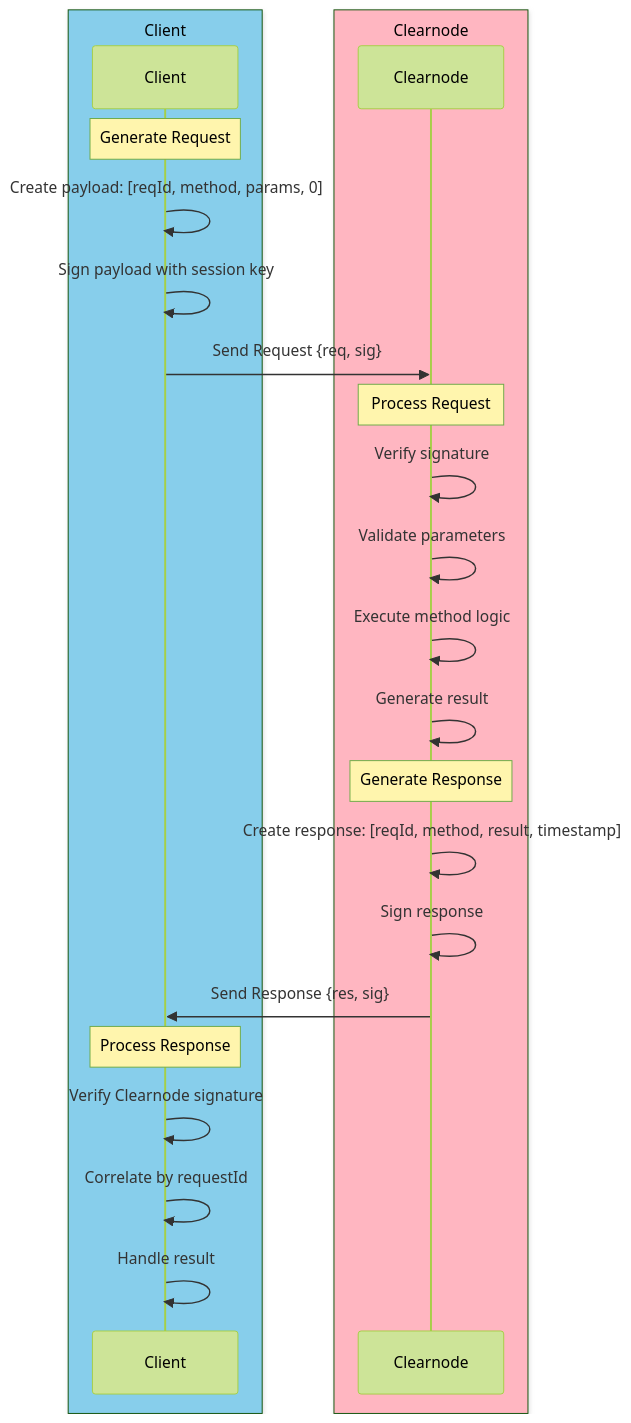
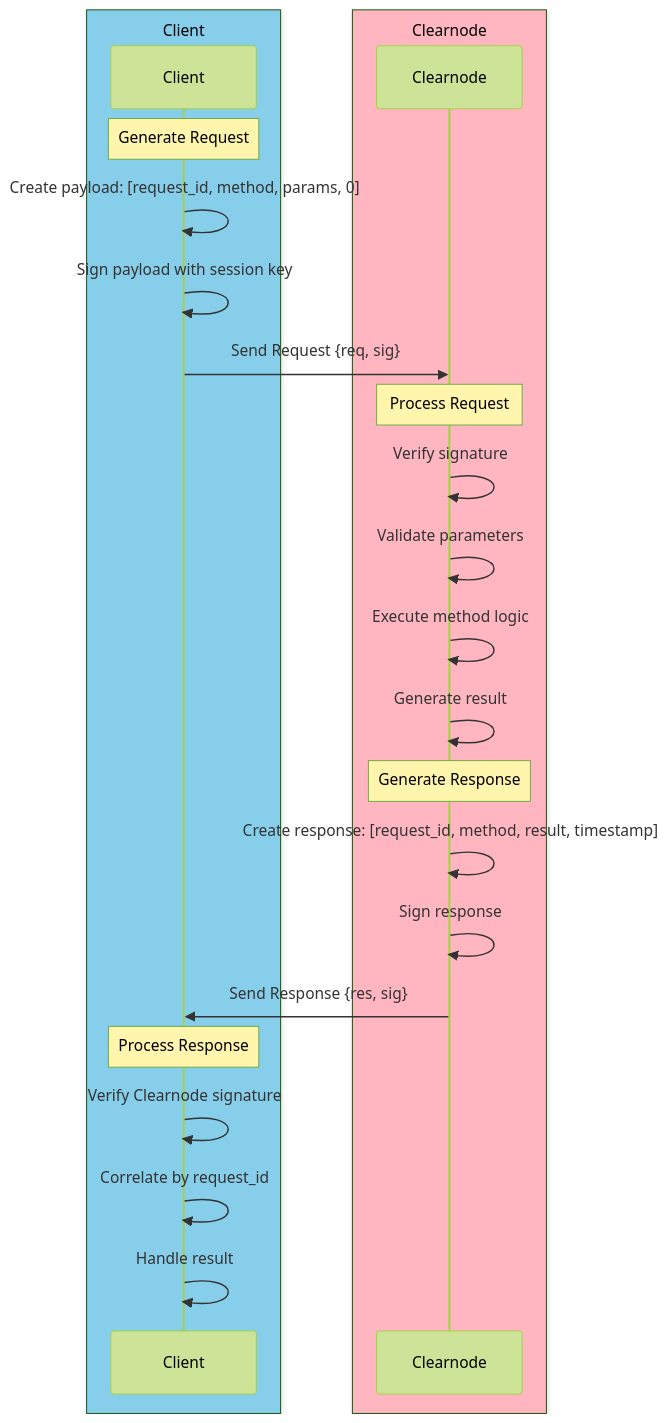
Before and after one commit to layer-3/docs: the diagram in docs/protocol/off-chain/message-format.mdx, drawn with Mermaid (forest theme). The commit also changed other lines of this file and 1 other file, not shown here.

````diff
--- a/docs/protocol/off-chain/message-format.mdx
+++ b/docs/protocol/off-chain/message-format.mdx
@@ -348,33 +335,33 @@
 ```mermaid
 sequenceDiagram
     box rgb(135,206,235) Client
         participant Client
     end
     box rgb(255,182,193) Clearnode
         participant Clearnode
     end
 
     Note over Client: Generate Request
-    Client->>Client: Create payload: [reqId, method, params, 0]
+    Client->>Client: Create payload: [request_id, method, params, 0]
     Client->>Client: Sign payload with session key
 
     Client->>Clearnode: Send Request {req, sig}
 
     Note over Clearnode: Process Request
     Clearnode->>Clearnode: Verify signature
     Clearnode->>Clearnode: Validate parameters
     Clearnode->>Clearnode: Execute method logic
     Clearnode->>Clearnode: Generate result
 
     Note over Clearnode: Generate Response
-    Clearnode->>Clearnode: Create response: [reqId, method, result, timestamp]
+    Clearnode->>Clearnode: Create response: [request_id, method, result, timestamp]
     Clearnode->>Clearnode: Sign response
 
     Clearnode->>Client: Send Response {res, sig}
 
     Note over Client: Process Response
     Client->>Client: Verify Clearnode signature
-    Client->>Client: Correlate by requestId
+    Client->>Client: Correlate by request_id
     Client->>Client: Handle result
 
 ```
````
